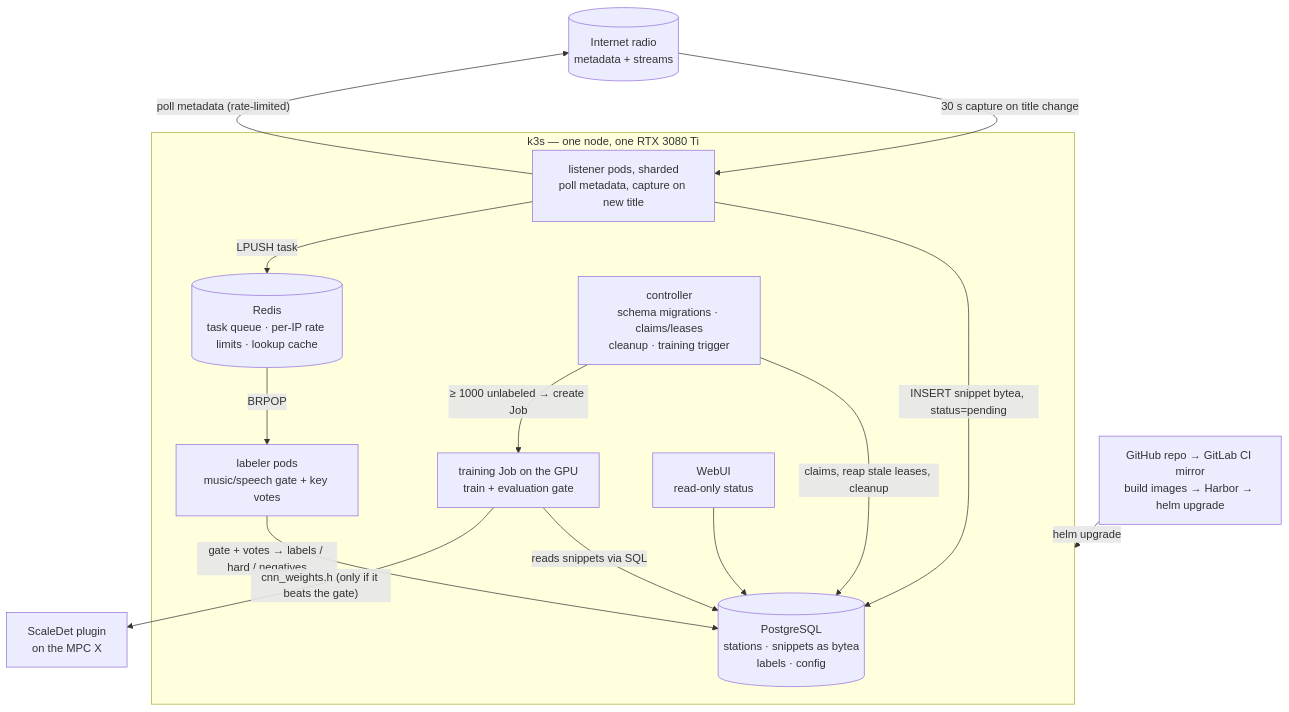
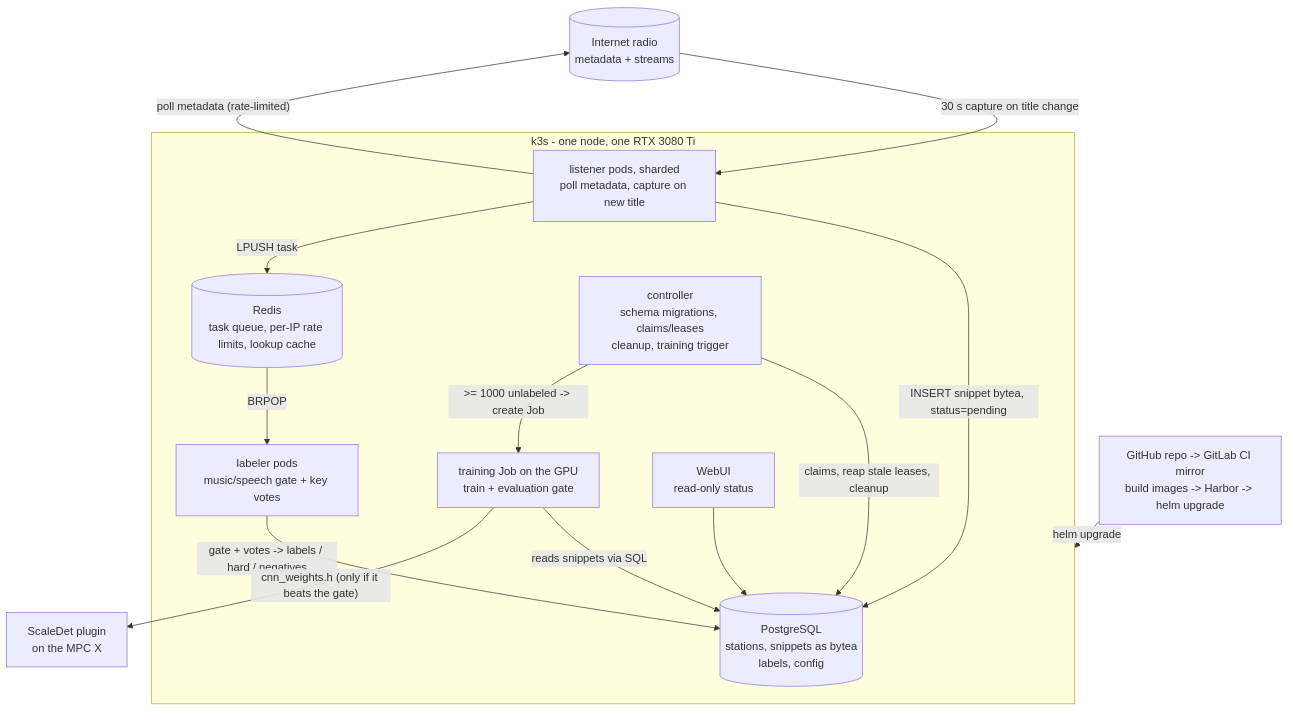
The first of 2 diagrams in site/content/blog/2026-11-03-scaledet-homelab-k3s/index.md (miathedev/metzler.systems), drawn with Mermaid before and after one commit. The commit also changed other lines of this file and 11 other files, not shown here.

````diff
--- a/site/content/blog/2026-11-03-scaledet-homelab-k3s/index.md
+++ b/site/content/blog/2026-11-03-scaledet-homelab-k3s/index.md
@@ -23,27 +23,27 @@
 ```mermaid
 flowchart TB
     RADIO[("Internet radio<br/>metadata + streams")]
-    subgraph K3S["k3s — one node, one RTX 3080 Ti"]
-        PG[("PostgreSQL<br/>stations · snippets as bytea<br/>labels · config")]
-        REDIS[("Redis<br/>task queue · per-IP rate limits · lookup cache")]
-        CTRL["controller<br/>schema migrations · claims/leases<br/>cleanup · training trigger"]
+    subgraph K3S["k3s - one node, one RTX 3080 Ti"]
+        PG[("PostgreSQL<br/>stations, snippets as bytea<br/>labels, config")]
+        REDIS[("Redis<br/>task queue, per-IP rate limits, lookup cache")]
+        CTRL["controller<br/>schema migrations, claims/leases<br/>cleanup, training trigger"]
         L["listener pods, sharded<br/>poll metadata, capture on new title"]
         B["labeler pods<br/>music/speech gate + key votes"]
         TJ["training Job on the GPU<br/>train + evaluation gate"]
         WEB["WebUI<br/>read-only status"]
     end
-    CI["GitHub repo → GitLab CI mirror<br/>build images → Harbor → helm upgrade"]
+    CI["GitHub repo -> GitLab CI mirror<br/>build images -> Harbor -> helm upgrade"]
 
     L -->|"poll metadata (rate-limited)"| RADIO
     RADIO -->|"30 s capture on title change"| L
     L -->|"INSERT snippet bytea, status=pending"| PG
     L -->|"LPUSH task"| REDIS
     REDIS -->|"BRPOP"| B
-    B -->|"gate + votes → labels / hard / negatives"| PG
+    B -->|"gate + votes -> labels / hard / negatives"| PG
     CTRL -->|"claims, reap stale leases, cleanup"| PG
-    CTRL -->|"≥ 1000 unlabeled → create Job"| TJ
+    CTRL -->|">= 1000 unlabeled -> create Job"| TJ
     TJ -->|"reads snippets via SQL"| PG
     TJ -->|"cnn_weights.h (only if it beats the gate)"| PLUGIN["ScaleDet plugin<br/>on the MPC X"]
     WEB --> PG
     CI -->|"helm upgrade"| K3S
 ```
````
